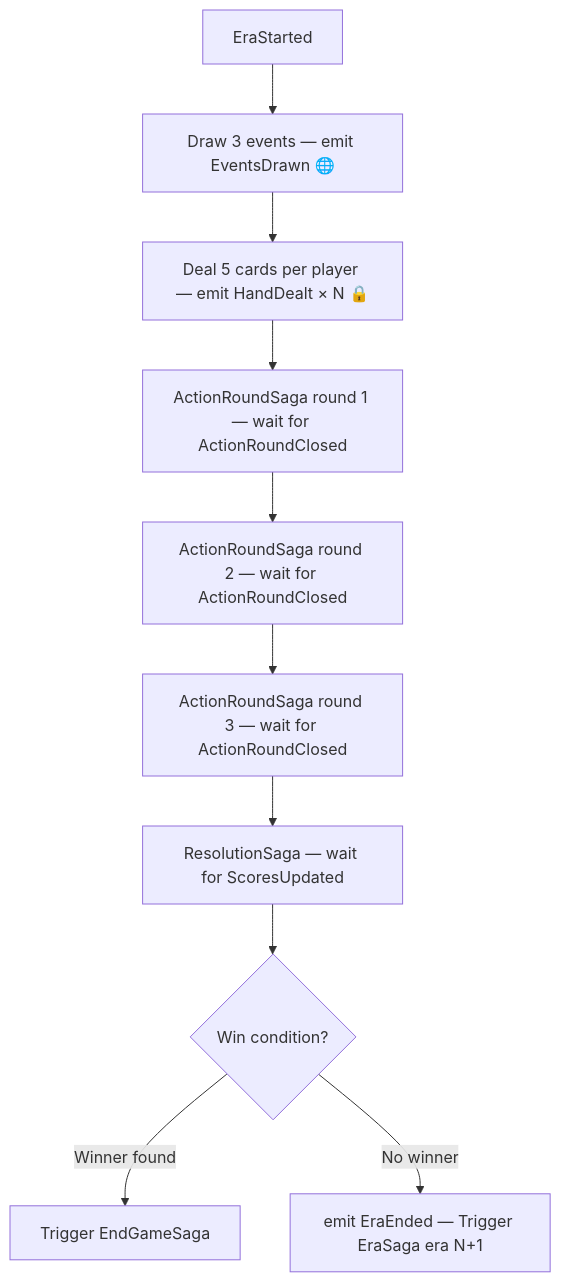
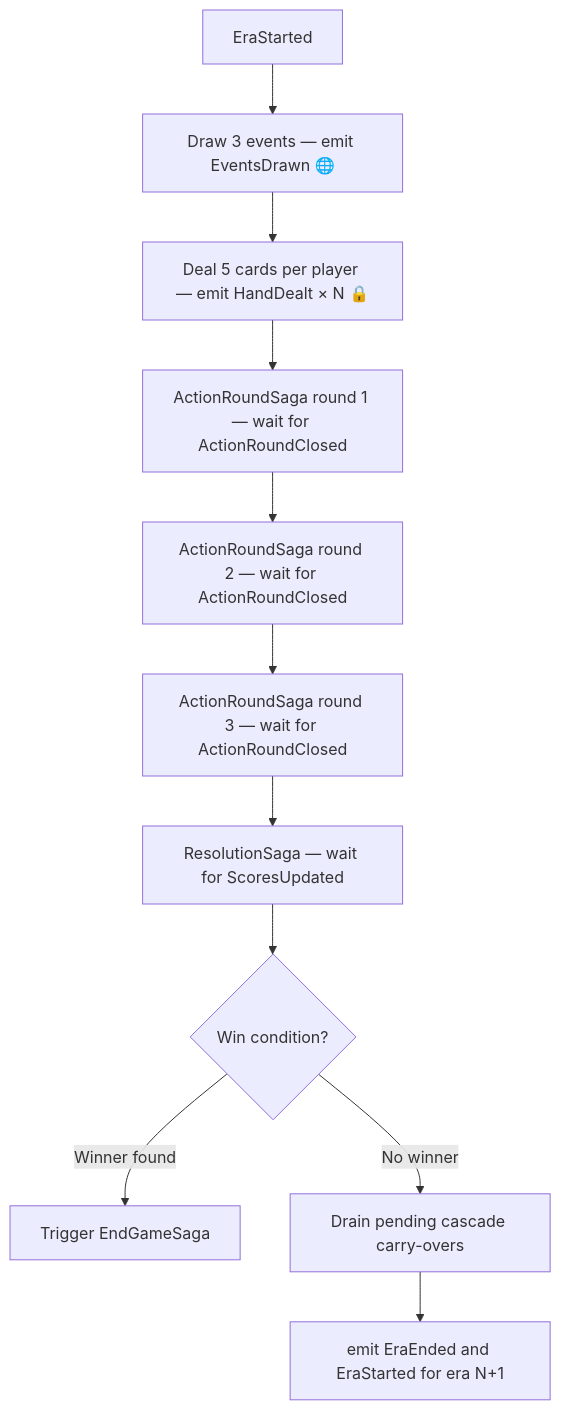
The diagram in sagas/era.mdx (temporal-rift/docs), drawn with Mermaid before and after one commit. The commit also changed other lines of this file and 3 other files, not shown here.

First line of the commit message:
docs: describe era cascade carry-forward

````diff
--- a/sagas/era.mdx
+++ b/sagas/era.mdx
@@ -12,12 +12,13 @@
 ```mermaid
 flowchart TD
   A[EraStarted] --> B[Draw 3 events — emit EventsDrawn 🌐]
   B --> C[Deal 5 cards per player — emit HandDealt × N 🔒]
   C --> D[ActionRoundSaga round 1 — wait for ActionRoundClosed]
   D --> E[ActionRoundSaga round 2 — wait for ActionRoundClosed]
   E --> F[ActionRoundSaga round 3 — wait for ActionRoundClosed]
   F --> G[ResolutionSaga — wait for ScoresUpdated]
   G --> H{Win condition?}
   H -->|Winner found| I[Trigger EndGameSaga]
-  H -->|No winner| J[emit EraEnded — Trigger EraSaga era N+1]
+  H -->|No winner| J[Drain pending cascade carry-overs]
+  J --> K[emit EraEnded and EraStarted for era N+1]
 ```
````
